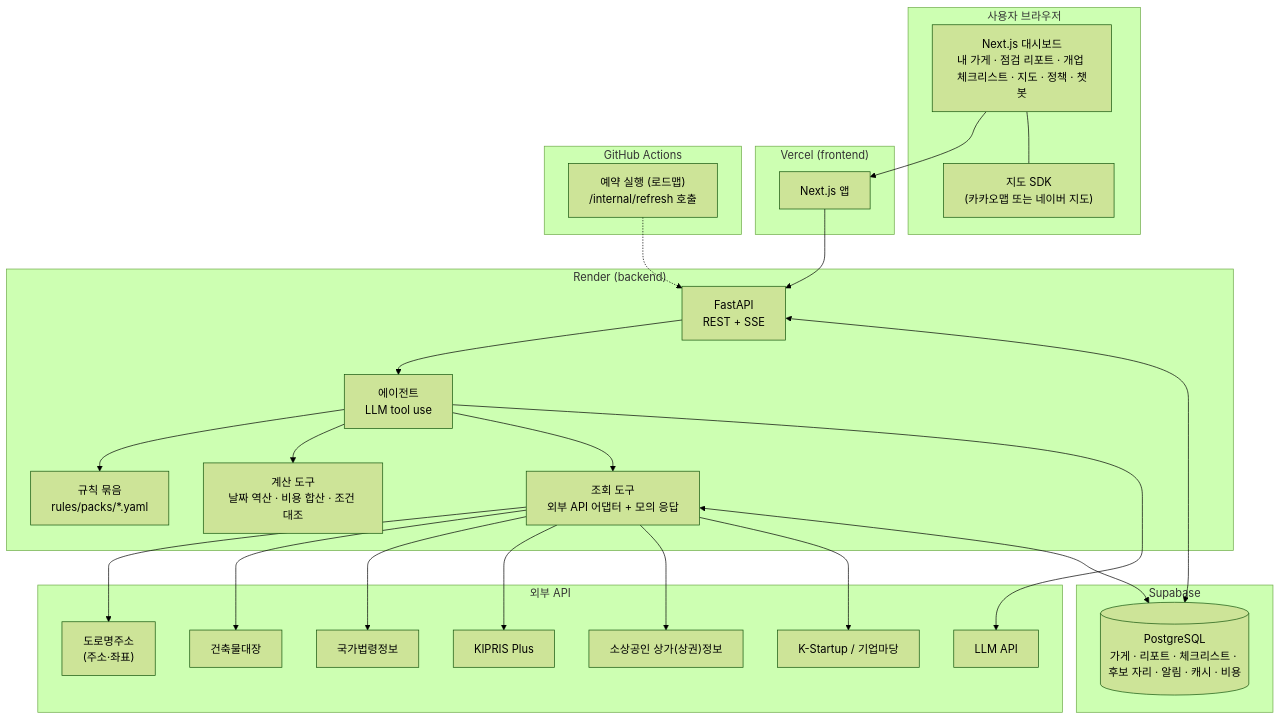
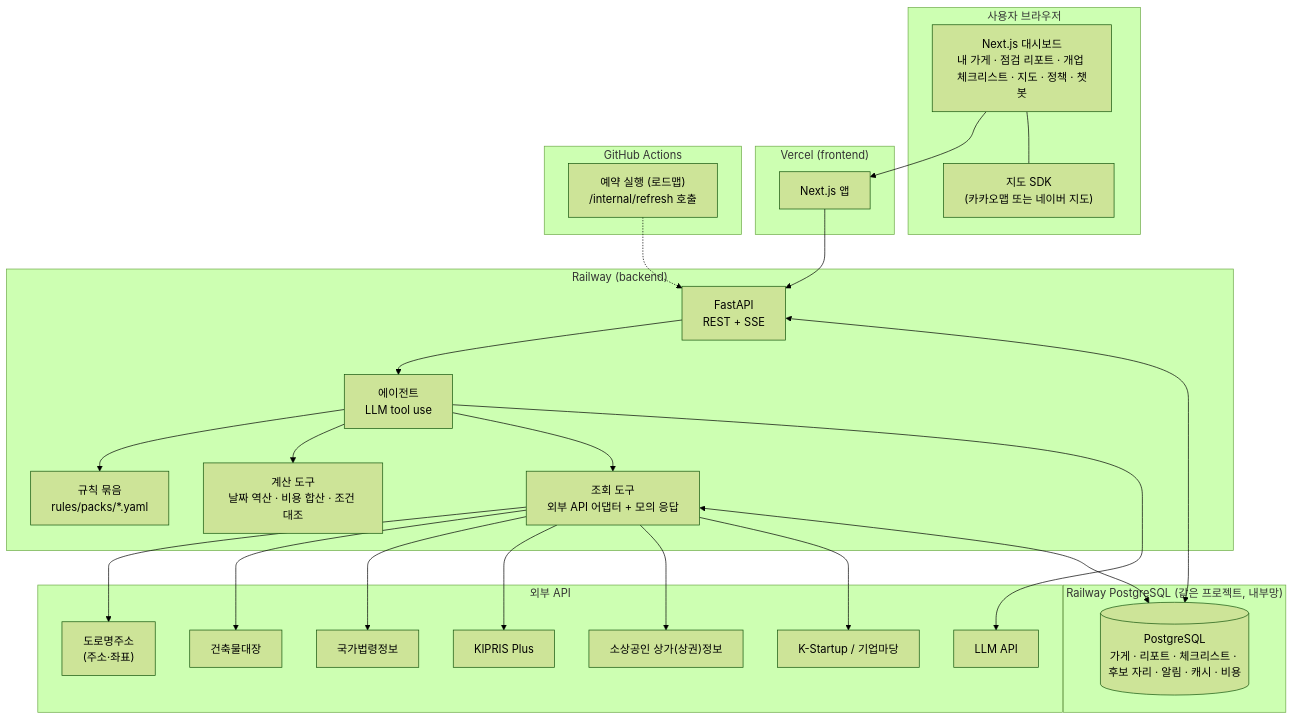
One commit to kimtaeg/Foundy changed the first of 4 diagrams in docs/아키텍처_인프라.md. Above: the diagram before and after it, drawn with Mermaid (forest theme). The commit also changed other lines of this file and 4 other files, not shown here.

First line of the commit message:
docs: 배포 구성을 Vercel + Railway + Railway PostgreSQL 로 갱신

````diff
--- a/docs/아키텍처_인프라.md
+++ b/docs/아키텍처_인프라.md
@@ -54,49 +55,49 @@
 ```mermaid
 flowchart TB
     subgraph Client["사용자 브라우저"]
         UI["Next.js 대시보드<br/>내 가게 · 점검 리포트 · 개업 체크리스트 · 지도 · 정책 · 챗봇"]
         MAP["지도 SDK<br/>(카카오맵 또는 네이버 지도)"]
     end
 
     subgraph Vercel["Vercel (frontend)"]
         FE["Next.js 앱"]
     end
 
-    subgraph Render["Render (backend)"]
+    subgraph Railway["Railway (backend)"]
         API["FastAPI<br/>REST + SSE"]
         AG["에이전트<br/>LLM tool use"]
         RP["규칙 묶음<br/>rules/packs/*.yaml"]
         CT["계산 도구<br/>날짜 역산 · 비용 합산 · 조건 대조"]
         TL["조회 도구<br/>외부 API 어댑터 + 모의 응답"]
     end
 
-    subgraph Supabase["Supabase"]
+    subgraph RailwayDB["Railway PostgreSQL (같은 프로젝트, 내부망)"]
         DB[("PostgreSQL<br/>가게 · 리포트 · 체크리스트 · 후보 자리 · 알림 · 캐시 · 비용")]
     end
 
     subgraph GH["GitHub Actions"]
         CRON["예약 실행 (로드맵)<br/>/internal/refresh 호출"]
     end
 
     subgraph Ext["외부 API"]
         J["도로명주소<br/>(주소·좌표)"]
         B["건축물대장"]
         L["국가법령정보"]
         K["KIPRIS Plus"]
         S["소상공인 상가(상권)정보"]
         P["K-Startup / 기업마당"]
         LLM["LLM API"]
     end
 
     UI --> FE --> API
     UI --- MAP
     API --> AG
     AG --> RP
     AG --> CT
     AG --> TL
     AG --> LLM
     TL --> J & B & L & K & S & P
     API <--> DB
     TL <--> DB
     CRON -.-> API
 ```
````
